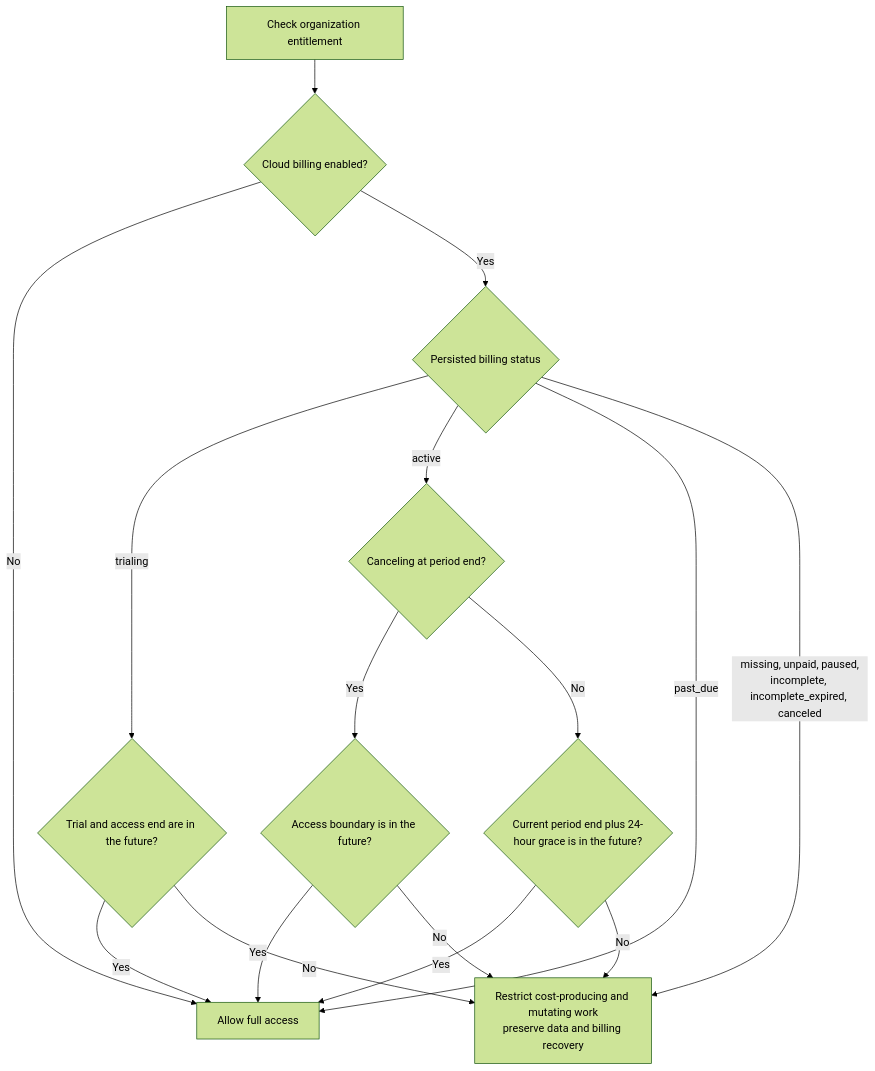
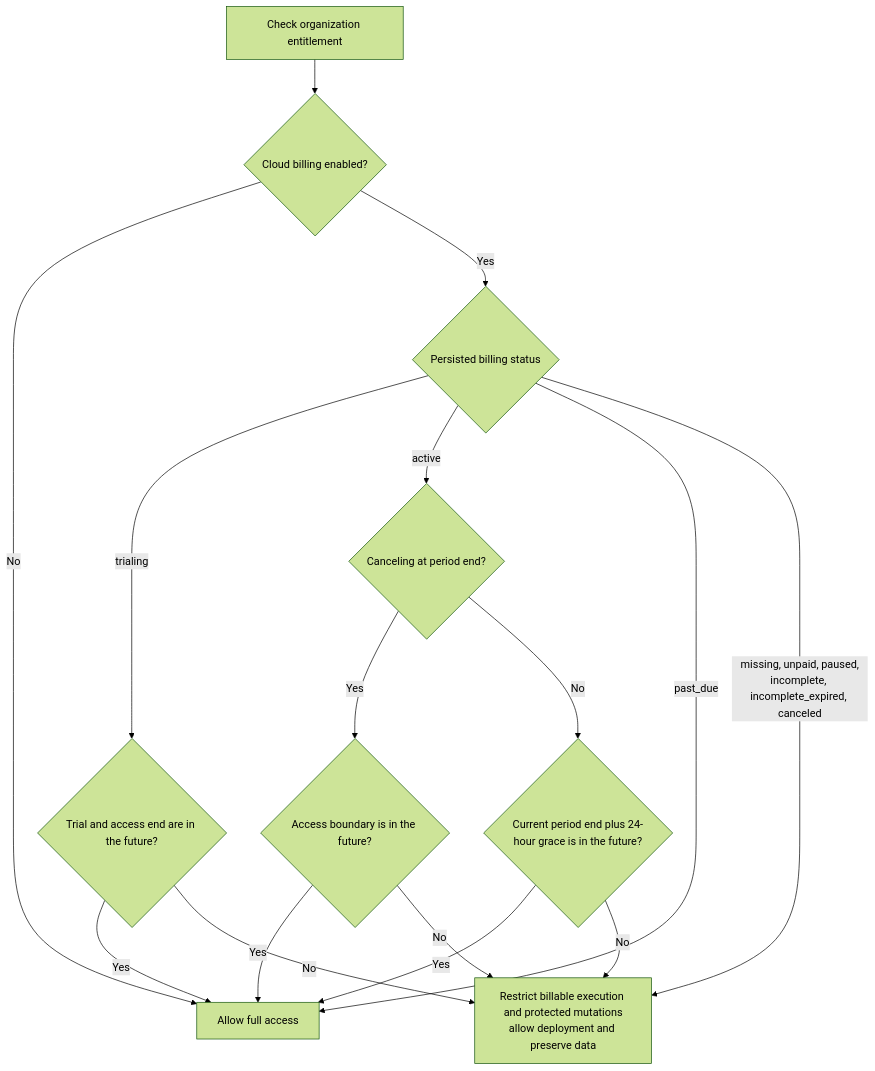
One commit to getnao/nao changed diagram 13 of 14 in apps/backend/docs/cloud-billing-stripe.md. Above: the diagram before and after it, drawn with Mermaid (forest theme). The commit also changed other lines of this file and 27 other files, not shown here.

````diff
--- a/apps/backend/docs/cloud-billing-stripe.md
+++ b/apps/backend/docs/cloud-billing-stripe.md
@@ -623,28 +696,28 @@
 ```mermaid
 flowchart TD
     Check["Check organization entitlement"]
     Enabled{"Cloud billing enabled?"}
     State{"Persisted billing status"}
     Trial{"Trial and access end are in the future?"}
     Canceling{"Canceling at period end?"}
     CancelBoundary{"Access boundary is in the future?"}
     ActiveBoundary{"Current period end plus 24-hour grace is in the future?"}
     Allow["Allow full access"]
-    Restrict["Restrict cost-producing and mutating work<br/>preserve data and billing recovery"]
+    Restrict["Restrict billable execution and protected mutations<br/>allow deployment and preserve data"]
 
     Check --> Enabled
     Enabled -->|No| Allow
     Enabled -->|Yes| State
     State -->|trialing| Trial
     Trial -->|Yes| Allow
     Trial -->|No| Restrict
     State -->|active| Canceling
     Canceling -->|Yes| CancelBoundary
     CancelBoundary -->|Yes| Allow
     CancelBoundary -->|No| Restrict
     Canceling -->|No| ActiveBoundary
     ActiveBoundary -->|Yes| Allow
     ActiveBoundary -->|No| Restrict
     State -->|past_due| Allow
     State -->|"missing, unpaid, paused,<br/>incomplete, incomplete_expired, canceled"| Restrict
 ```
````
